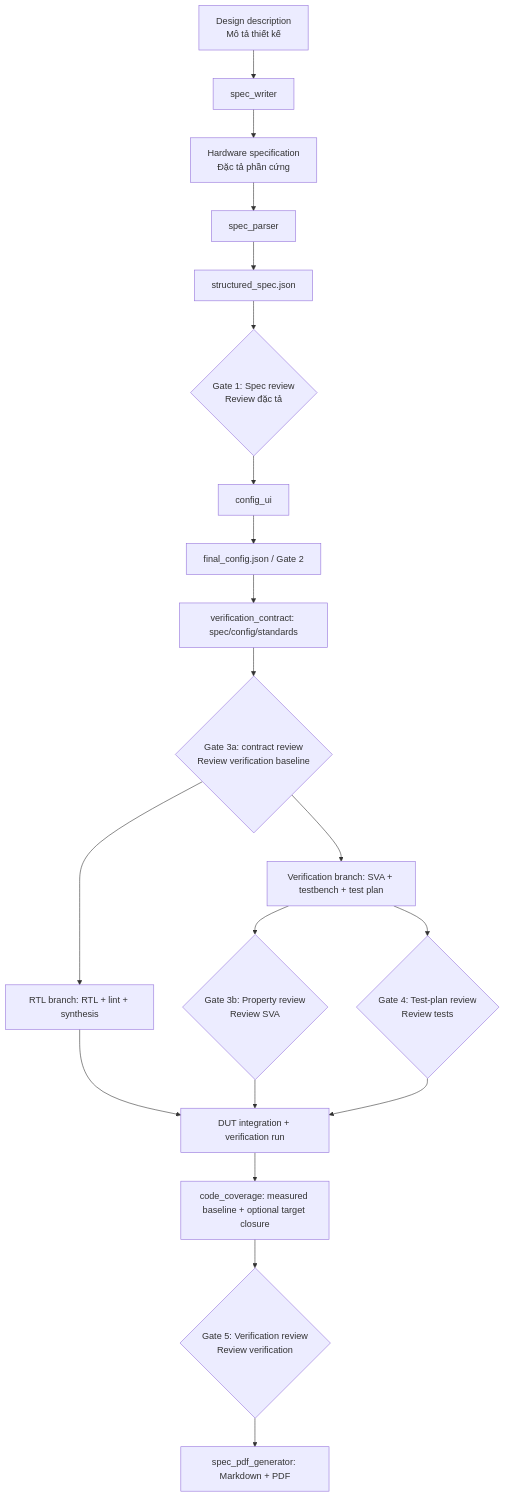
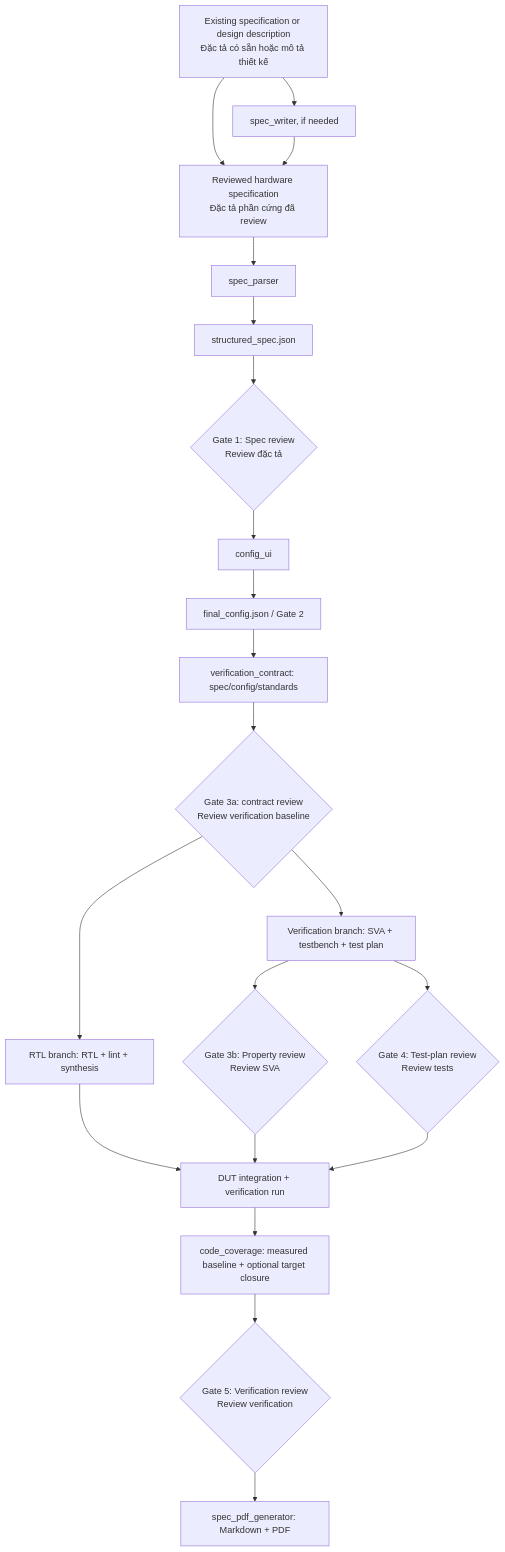
One commit to nguyenquanicd/VLSIT_RTL_Generator_AI_Flow changed the diagram in README.md. Above: the diagram before and after it, drawn with Mermaid. The commit also changed other lines of this file and 36 other files, not shown here.

```diff
--- a/README.md
+++ b/README.md
@@ -51,22 +55,23 @@
 ~~~mermaid
 flowchart TD
-    U["Design description<br/>Mô tả thiết kế"] --> W[spec_writer]
-    W --> S["Hardware specification<br/>Đặc tả phần cứng"]
+    U["Existing specification or design description<br/>Đặc tả có sẵn hoặc mô tả thiết kế"] --> S["Reviewed hardware specification<br/>Đặc tả phần cứng đã review"]
+    U --> W["spec_writer, if needed"]
+    W --> S
     S --> P[spec_parser]
     P --> R[structured_spec.json]
     R --> G1{"Gate 1: Spec review<br/>Review đặc tả"}
     G1 --> C[config_ui]
     C --> F["final_config.json / Gate 2"]
     F --> VC["verification_contract: spec/config/standards"]
     VC --> G3A{"Gate 3a: contract review<br/>Review verification baseline"}
     G3A --> RTL["RTL branch: RTL + lint + synthesis"]
     G3A --> A["Verification branch: SVA + testbench + test plan"]
     A --> G3B{"Gate 3b: Property review<br/>Review SVA"}
     A --> G4{"Gate 4: Test-plan review<br/>Review tests"}
     RTL --> V["DUT integration + verification run"]
     G3B --> V
     G4 --> V
     V --> CC["code_coverage: measured baseline + optional target closure"]
     CC --> G5{"Gate 5: Verification review<br/>Review verification"}
     G5 --> D["spec_pdf_generator: Markdown + PDF"]
 ~~~
```
